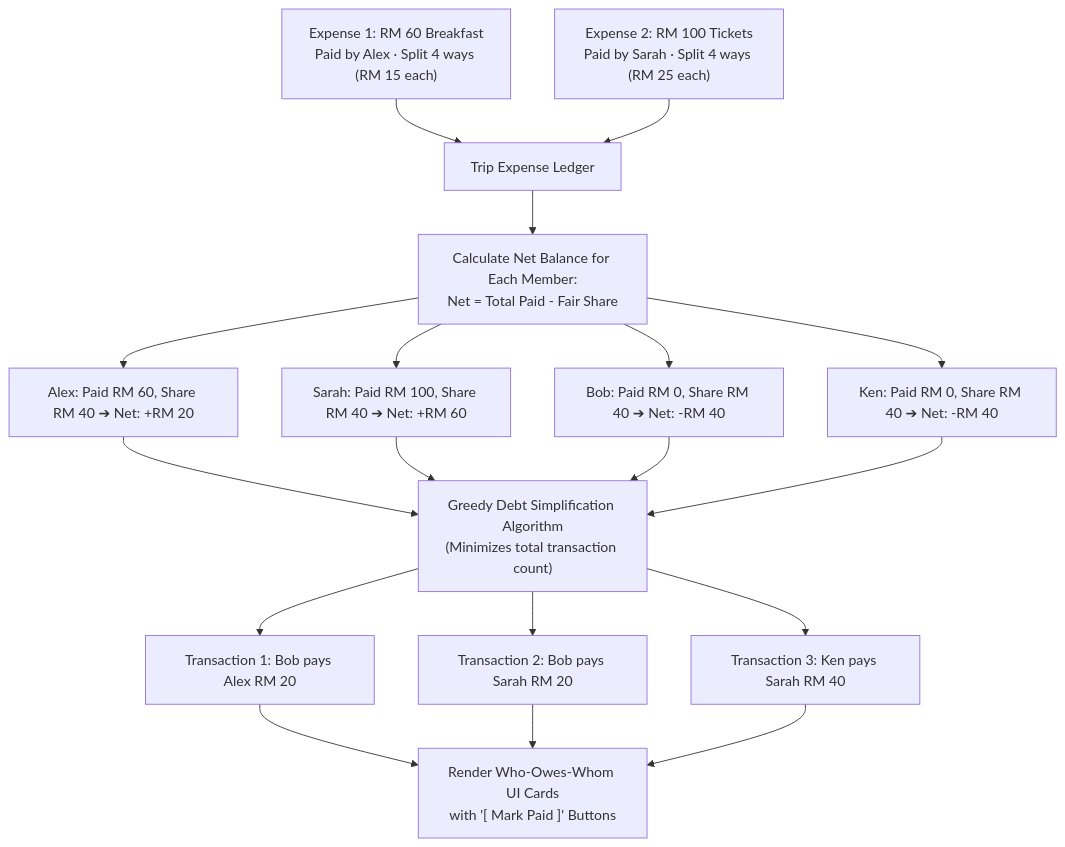
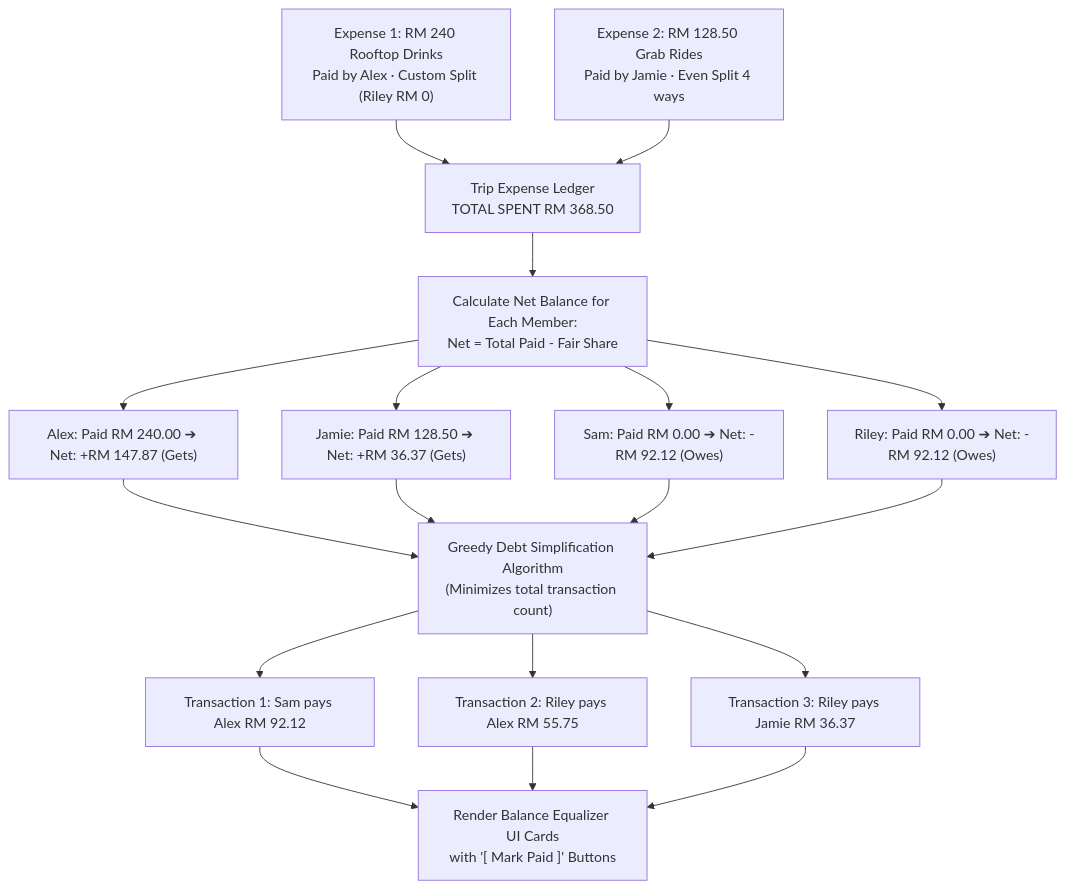
The ninth of 15 diagrams in README.md (nlzce/We-are-the-champions_Plan-B), drawn with Mermaid before and after one commit. The commit also changed other lines of this file, not shown here.

Commit message:
docs: align README structure, key screens, and user flow exactly with Figma UI design

````diff
--- a/README.md
+++ b/README.md
@@ -404,25 +407,25 @@
 ```mermaid
 flowchart TD
-  Log1["Expense 1: RM 60 Breakfast<br/>Paid by Alex · Split 4 ways (RM 15 each)"] --> Ledger["Trip Expense Ledger"]
-  Log2["Expense 2: RM 100 Tickets<br/>Paid by Sarah · Split 4 ways (RM 25 each)"] --> Ledger
+  Log1["Expense 1: RM 240 Rooftop Drinks<br/>Paid by Alex · Custom Split (Riley RM 0)"] --> Ledger["Trip Expense Ledger<br/>TOTAL SPENT RM 368.50"]
+  Log2["Expense 2: RM 128.50 Grab Rides<br/>Paid by Jamie · Even Split 4 ways"] --> Ledger
 
   Ledger --> NetCalc["Calculate Net Balance for Each Member:<br/>Net = Total Paid - Fair Share"]
   
-  NetCalc --> B1["Alex: Paid RM 60, Share RM 40 ➔ Net: +RM 20"]
-  NetCalc --> B2["Sarah: Paid RM 100, Share RM 40 ➔ Net: +RM 60"]
-  NetCalc --> B3["Bob: Paid RM 0, Share RM 40 ➔ Net: -RM 40"]
-  NetCalc --> B4["Ken: Paid RM 0, Share RM 40 ➔ Net: -RM 40"]
+  NetCalc --> B1["Alex: Paid RM 240.00 ➔ Net: +RM 147.87 (Gets)"]
+  NetCalc --> B2["Jamie: Paid RM 128.50 ➔ Net: +RM 36.37 (Gets)"]
+  NetCalc --> B3["Sam: Paid RM 0.00 ➔ Net: -RM 92.12 (Owes)"]
+  NetCalc --> B4["Riley: Paid RM 0.00 ➔ Net: -RM 92.12 (Owes)"]
 
   B1 --> GraphSolve["Greedy Debt Simplification Algorithm<br/>(Minimizes total transaction count)"]
   B2 --> GraphSolve
   B3 --> GraphSolve
   B4 --> GraphSolve
 
-  GraphSolve --> Settle1["Transaction 1: Bob pays Alex RM 20"]
-  GraphSolve --> Settle2["Transaction 2: Bob pays Sarah RM 20"]
-  GraphSolve --> Settle3["Transaction 3: Ken pays Sarah RM 40"]
+  GraphSolve --> Settle1["Transaction 1: Sam pays Alex RM 92.12"]
+  GraphSolve --> Settle2["Transaction 2: Riley pays Alex RM 55.75"]
+  GraphSolve --> Settle3["Transaction 3: Riley pays Jamie RM 36.37"]
 
-  Settle1 --> UI["Render Who-Owes-Whom UI Cards<br/>with '[ Mark Paid ]' Buttons"]
+  Settle1 --> UI["Render Balance Equalizer UI Cards<br/>with '[ Mark Paid ]' Buttons"]
   Settle2 --> UI
   Settle3 --> UI
 ```
````
